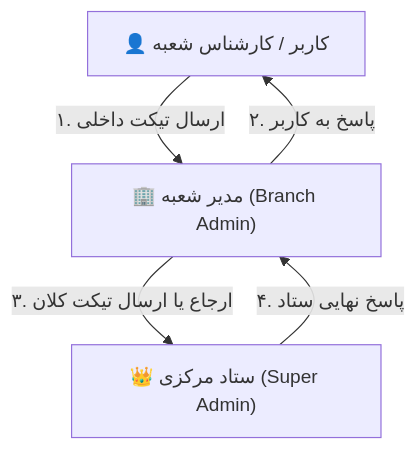
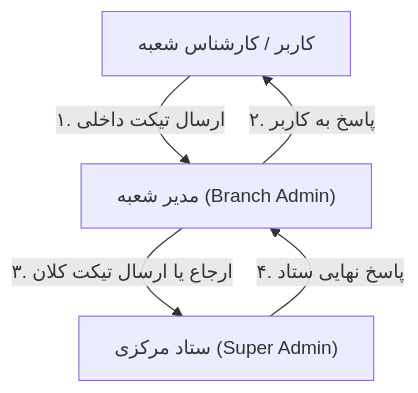
One commit to GhaffariZ/Maxa-charity changed the diagram in docs/user-manual/15-ticketing.md. Above: the diagram before and after it, drawn with Mermaid. The commit also changed other lines of this file and 52 other files, not shown here.

````diff
--- a/docs/user-manual/15-ticketing.md
+++ b/docs/user-manual/15-ticketing.md
@@ -15,11 +15,11 @@
 ```mermaid
 graph TD
-    User["👤 کاربر / کارشناس شعبه"]
-    BA["🏢 مدیر شعبه (Branch Admin)"]
-    HQ["👑 ستاد مرکزی (Super Admin)"]
-    
-    User -->|۱. ارسال تیکت داخلی| BA
-    BA -->|۲. پاسخ به کاربر| User
-    BA -->|۳. ارجاع یا ارسال تیکت کلان| HQ
-    HQ -->|۴. پاسخ نهایی ستاد| BA
+ User[" کاربر / کارشناس شعبه"]
+ BA[" مدیر شعبه (Branch Admin)"]
+ HQ[" ستاد مرکزی (Super Admin)"]
+ 
+ User -->|۱. ارسال تیکت داخلی| BA
+ BA -->|۲. پاسخ به کاربر| User
+ BA -->|۳. ارجاع یا ارسال تیکت کلان| HQ
+ HQ -->|۴. پاسخ نهایی ستاد| BA
 ```
````
